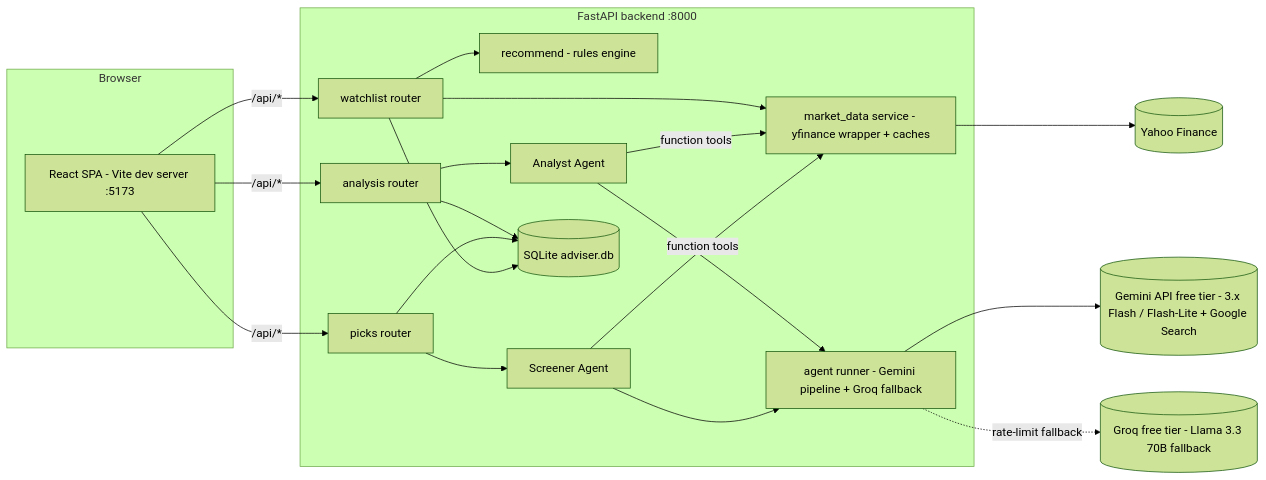
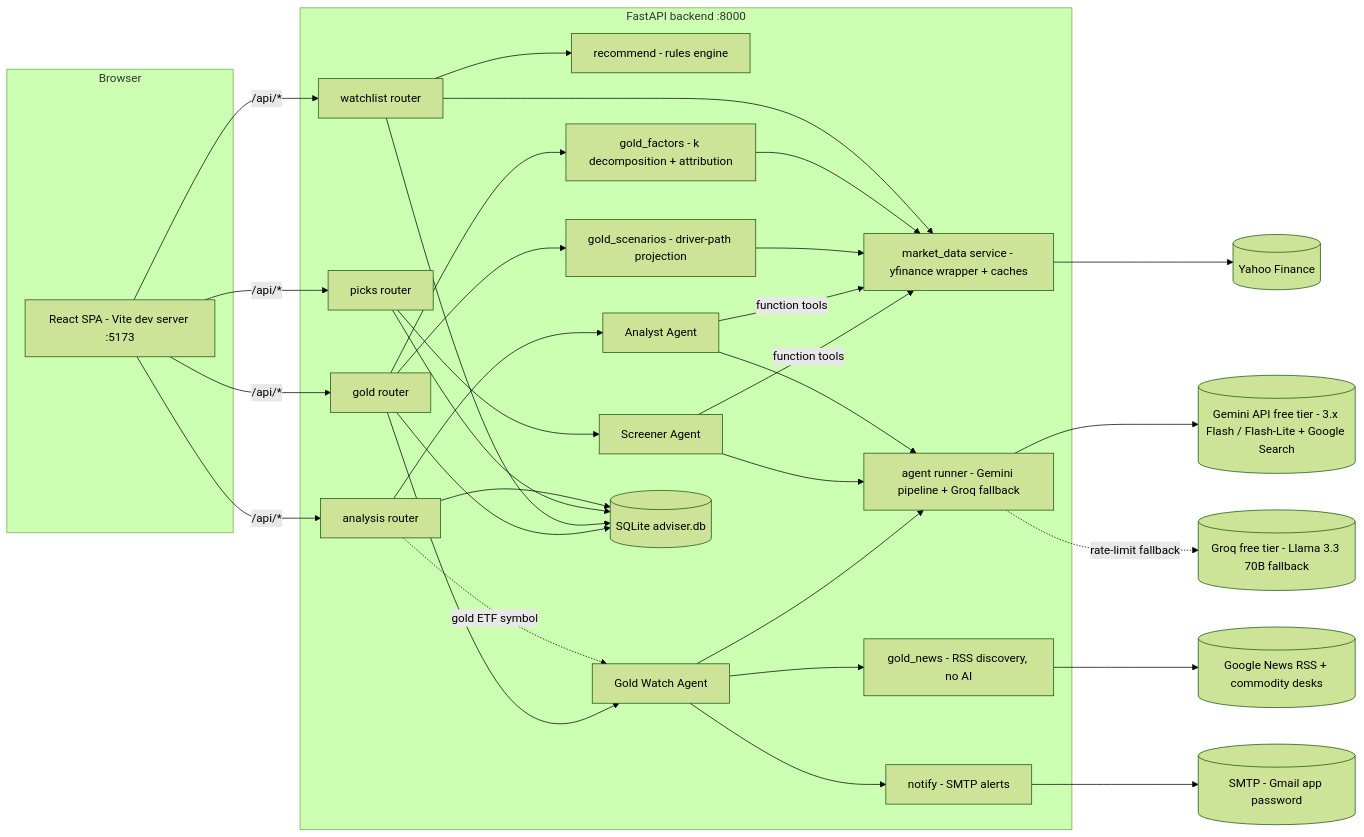
The first of 5 diagrams in DESIGN.md (deepaknegi16/investment_adviser), drawn with Mermaid (forest theme) before and after one commit. The commit also changed other lines of this file and 19 other files, not shown here.

First line of the commit message:
Gold Watch agent: factor monitor for GOLDBEES with email alerts

````diff
--- a/DESIGN.md
+++ b/DESIGN.md
@@ -11,29 +12,43 @@
 ```mermaid
 flowchart LR
     subgraph Browser
         UI[React SPA - Vite dev server :5173]
     end
     subgraph Backend [FastAPI backend :8000]
         WR[watchlist router]
         AR[analysis router]
         PR[picks router]
+        GR[gold router]
         MD[market_data service - yfinance wrapper + caches]
         RE[recommend - rules engine]
+        GF[gold_factors - k decomposition + attribution]
+        GS[gold_scenarios - driver-path projection]
         AG1[Analyst Agent]
         AG2[Screener Agent]
+        AG3[Gold Watch Agent]
+        GN[gold_news - RSS discovery, no AI]
+        NT[notify - SMTP alerts]
         RUN[agent runner - Gemini pipeline + Groq fallback]
         DB[(SQLite adviser.db)]
     end
     Y[(Yahoo Finance)]
     O[(Gemini API free tier - 3.x Flash / Flash-Lite + Google Search)]
     G[(Groq free tier - Llama 3.3 70B fallback)]
+    RSS[(Google News RSS + commodity desks)]
+    SMTP[(SMTP - Gmail app password)]
 
-    UI -- "/api/*" --> WR & AR & PR
+    UI -- "/api/*" --> WR & AR & PR & GR
     WR --> MD --> Y
     WR --> RE
     AR --> AG1 --> RUN --> O
+    AR -. "gold ETF symbol" .-> AG3
     RUN -. rate-limit fallback .-> G
     PR --> AG2 --> RUN
+    GR --> GF & GS & AG3
+    GF & GS --> MD
+    AG3 --> GN --> RSS
+    AG3 --> RUN
+    AG3 --> NT --> SMTP
     AG1 & AG2 -- function tools --> MD
-    AR & PR & WR --> DB
+    AR & PR & WR & GR --> DB
 ```
````
